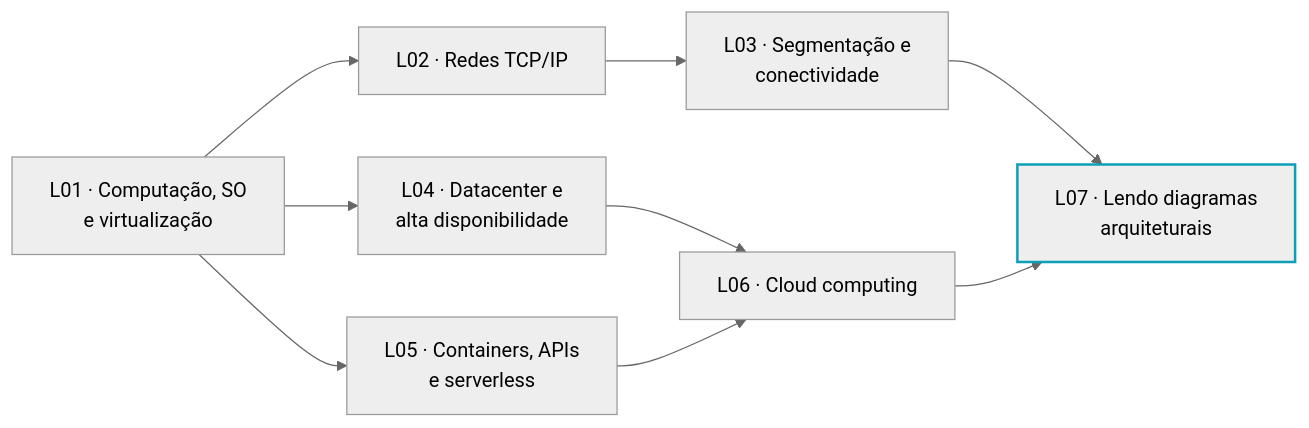
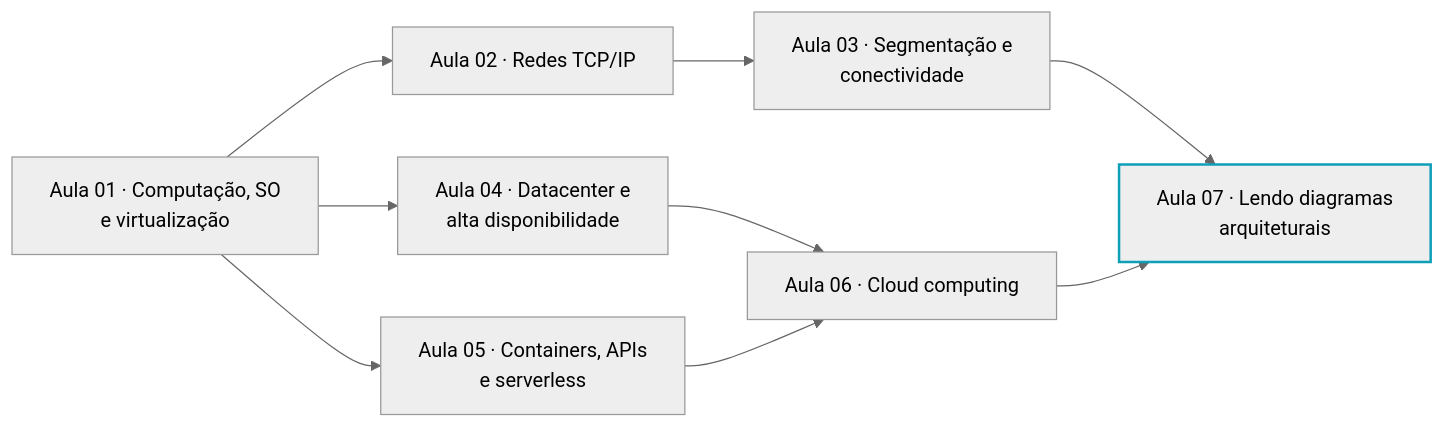
One commit to andrewsferreira/security-architecture-academy changed the diagram in assets/diagrams/m00-module-map.mmd. Above: the diagram before and after it, drawn with Mermaid (neutral theme). The commit also changed 109 other files, not shown here.

```diff
--- a/assets/diagrams/m00-module-map.mmd
+++ b/assets/diagrams/m00-module-map.mmd
@@ -1,15 +1,15 @@
 flowchart LR
   accTitle: Mapa do Módulo 00
   accDescr: O módulo parte da computação e da virtualização, passa pelas redes e pela segmentação, pelo datacenter e pela alta disponibilidade, pelas plataformas modernas de aplicação e pela cloud, e termina na leitura de diagramas arquiteturais, que reúne todos os elementos anteriores.
 
-  L01["L01 · Computação, SO<br/>e virtualização"] --> L02["L02 · Redes TCP/IP"]
-  L02 --> L03["L03 · Segmentação e<br/>conectividade"]
-  L01 --> L04["L04 · Datacenter e<br/>alta disponibilidade"]
-  L01 --> L05["L05 · Containers, APIs<br/>e serverless"]
-  L04 --> L06["L06 · Cloud computing"]
+  L01["Aula 01 · Computação, SO<br/>e virtualização"] --> L02["Aula 02 · Redes TCP/IP"]
+  L02 --> L03["Aula 03 · Segmentação e<br/>conectividade"]
+  L01 --> L04["Aula 04 · Datacenter e<br/>alta disponibilidade"]
+  L01 --> L05["Aula 05 · Containers, APIs<br/>e serverless"]
+  L04 --> L06["Aula 06 · Cloud computing"]
   L05 --> L06
-  L03 --> L07["L07 · Lendo diagramas<br/>arquiteturais"]
+  L03 --> L07["Aula 07 · Lendo diagramas<br/>arquiteturais"]
   L06 --> L07
 
   classDef control stroke:#0e9fb8,stroke-width:2px
   class L07 control
```
